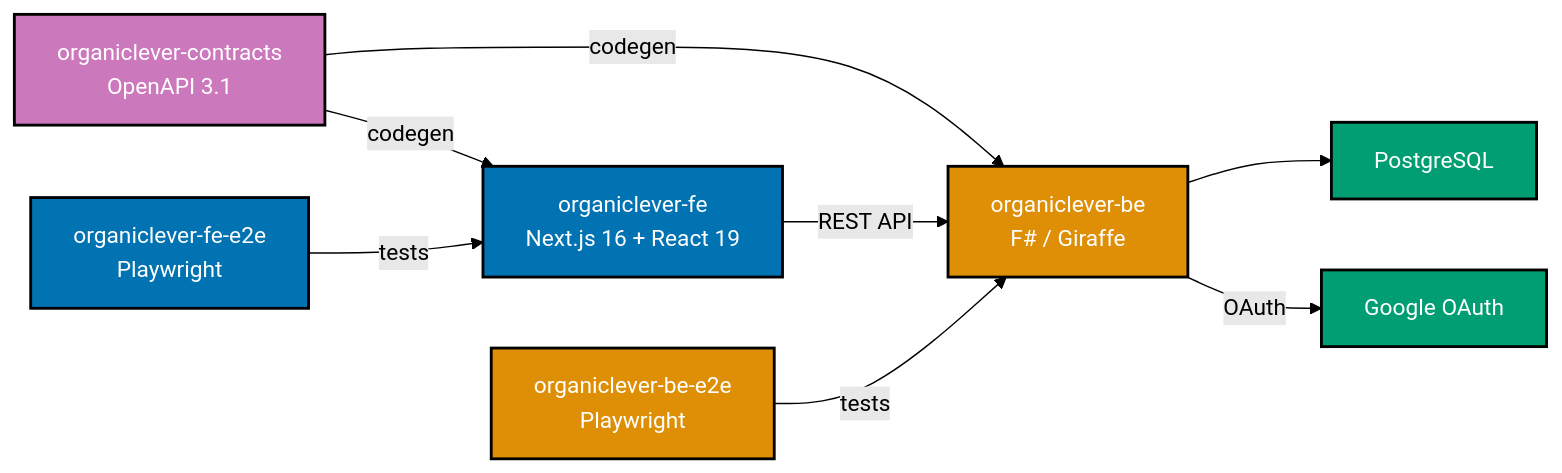
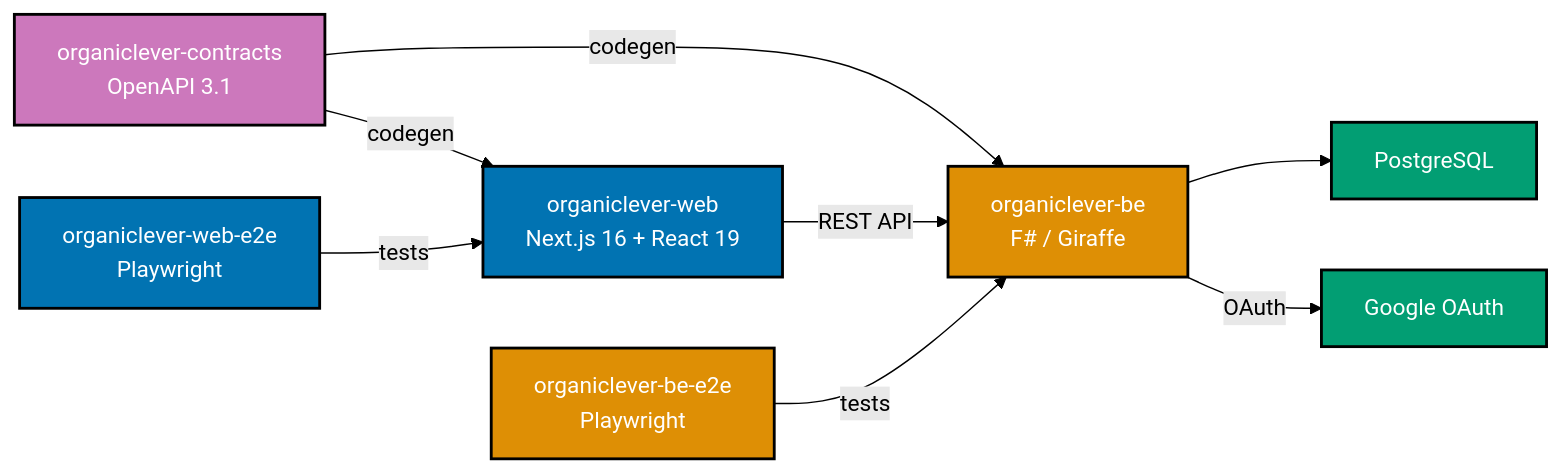
The fourth of 5 diagrams in apps/oseplatform-web/content/updates/2026-04-05-phase-1-week-8-wide-to-learn-narrow-to-ship.md (wahidyankf/open-sharia-enterprise), drawn with Mermaid (forest theme) before and after one commit. The commit also changed other lines of this file and 193 other files, not shown here.

First line of the commit message:
refactor(organiclever): rename organiclever-fe* to organiclever-web*

````diff
--- a/apps/oseplatform-web/content/updates/2026-04-05-phase-1-week-8-wide-to-learn-narrow-to-ship.md
+++ b/apps/oseplatform-web/content/updates/2026-04-05-phase-1-week-8-wide-to-learn-narrow-to-ship.md
@@ -372,25 +372,25 @@
 ```mermaid
 %% Color Palette: Blue #0173B2 (frontend), Orange #DE8F05 (backend), Purple #CC78BC (contract), Teal #029E73 (external)
 graph LR
-    FE["organiclever-fe<br/>Next.js 16 + React 19"]:::frontend
+    FE["organiclever-web<br/>Next.js 16 + React 19"]:::frontend
     BE["organiclever-be<br/>F# / Giraffe"]:::backend
     CT["organiclever-contracts<br/>OpenAPI 3.1"]:::contract
     PG["PostgreSQL"]:::external
     GA["Google OAuth"]:::external
-    FEE["organiclever-fe-e2e<br/>Playwright"]:::frontend
+    FEE["organiclever-web-e2e<br/>Playwright"]:::frontend
     BEE["organiclever-be-e2e<br/>Playwright"]:::backend
 
     CT -->|"codegen"| FE
     CT -->|"codegen"| BE
     FE -->|"REST API"| BE
     BE --> PG
     BE -->|"OAuth"| GA
 
     FEE -->|"tests"| FE
     BEE -->|"tests"| BE
 
     classDef frontend fill:#0173B2,stroke:#000000,color:#FFFFFF,stroke-width:2px
     classDef backend fill:#DE8F05,stroke:#000000,color:#FFFFFF,stroke-width:2px
     classDef contract fill:#CC78BC,stroke:#000000,color:#FFFFFF,stroke-width:2px
     classDef external fill:#029E73,stroke:#000000,color:#FFFFFF,stroke-width:2px
 ```
````
